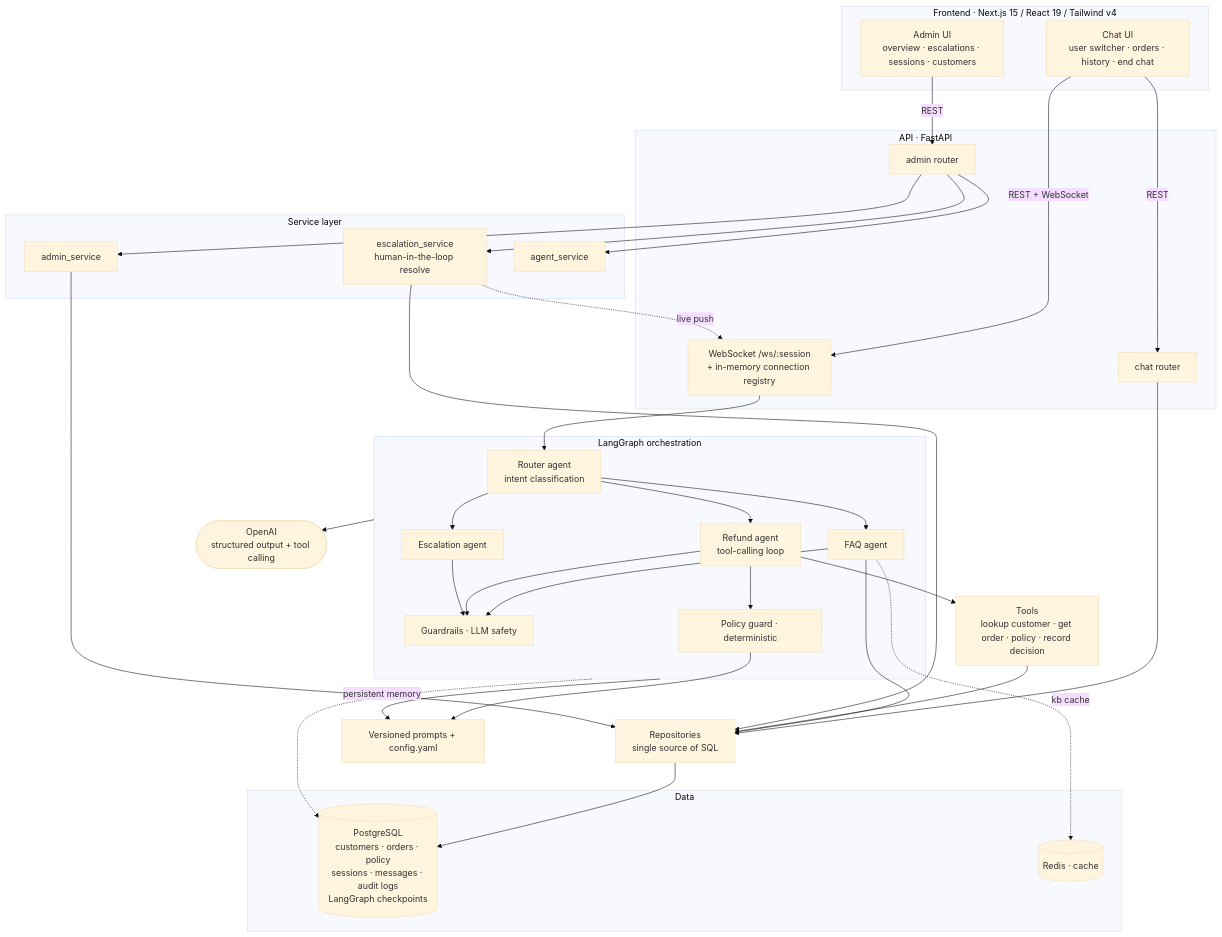
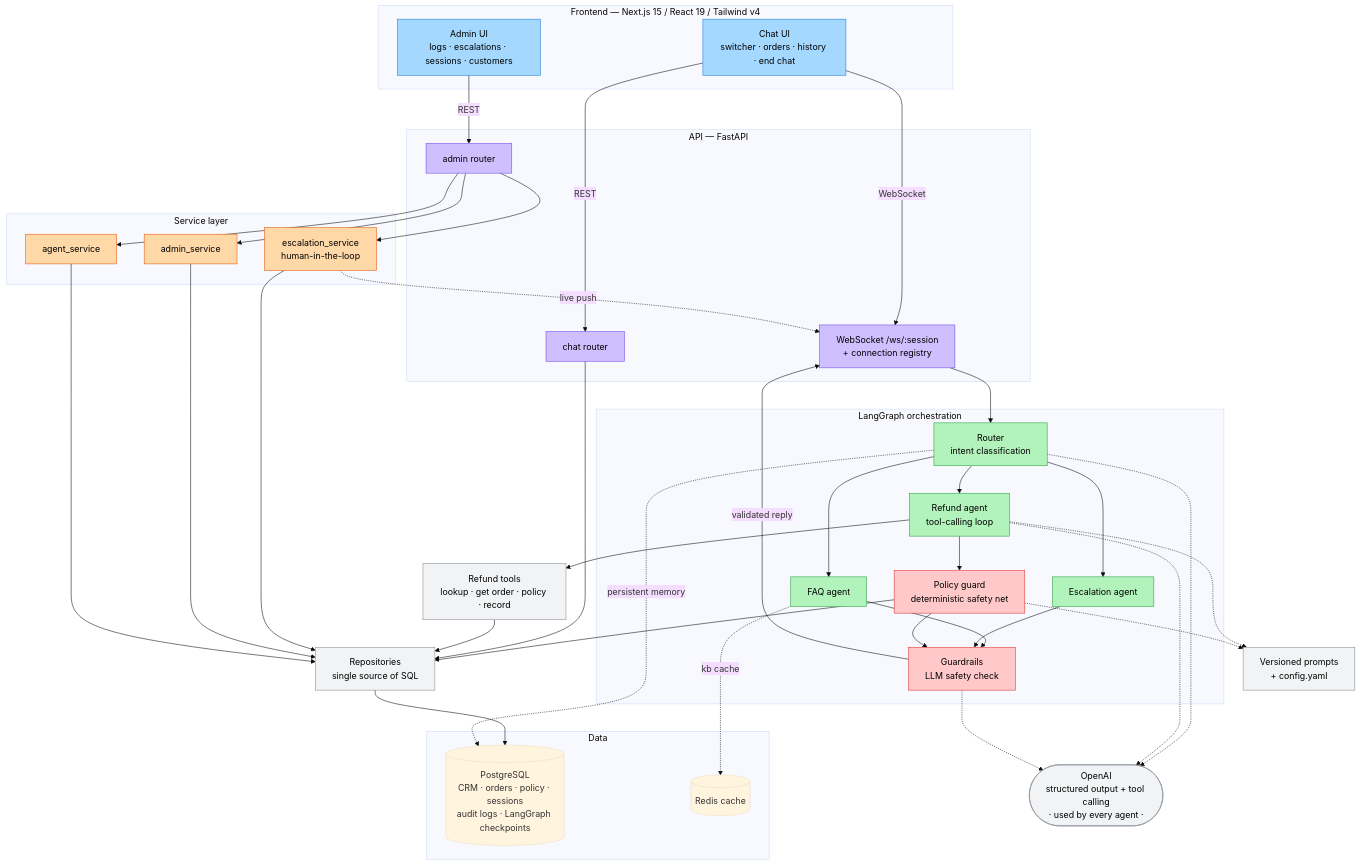
One commit to naveenaddanki84/customer_support_agent_ecom changed the diagram in README.md. Above: the diagram before and after it, drawn with Mermaid (base theme). The commit also changed other lines of this file and 2 other files, not shown here.

Commit message:
docs: add test-results table, run commands, and a rendered architecture diagram
- README: add a Tests & evaluation section (unit / edge-case / 51-case eval
  results table + commands to run each) and Docker lifecycle commands.
- Rebuild the architecture diagram: clean request→response cycle (no
  subgraph-edge tangles, guardrails now loops back to the customer),
  colour-coded layers, and embed it as screenshots/architecture.png so it
  renders in any markdown preview; keep the Mermaid source collapsed.
- Make the project layout accurate and complete (backend core files +
  full frontend tree).

````diff
--- a/README.md
+++ b/README.md
@@ -70,66 +85,87 @@
 ```mermaid
 flowchart TB
-    subgraph FE["Frontend · Next.js 15 / React 19 / Tailwind v4"]
-        CHAT["Chat UI<br/>user switcher · orders · history · end chat"]
-        ADMIN["Admin UI<br/>overview · escalations · sessions · customers"]
+    subgraph FE["Frontend — Next.js 15 / React 19 / Tailwind v4"]
+        CHAT["Chat UI<br/>switcher · orders · history · end chat"]
+        ADMIN["Admin UI<br/>logs · escalations · sessions · customers"]
     end
 
-    subgraph APIL["API · FastAPI"]
-        WS["WebSocket /ws/:session<br/>+ in-memory connection registry"]
+    subgraph API["API — FastAPI"]
+        WS["WebSocket /ws/:session<br/>+ connection registry"]
         CR["chat router"]
         AR["admin router"]
     end
 
     subgraph SVC["Service layer"]
-        ESC_S["escalation_service<br/>human-in-the-loop resolve"]
+        ESC_S["escalation_service<br/>human-in-the-loop"]
         ADM_S["admin_service"]
         AGT_S["agent_service"]
     end
 
     subgraph ORCH["LangGraph orchestration"]
-        RT["Router agent<br/>intent classification"]
+        RT["Router<br/>intent classification"]
         FAQ["FAQ agent"]
         RF["Refund agent<br/>tool-calling loop"]
         ES["Escalation agent"]
-        GR["Guardrails · LLM safety"]
-        PGRD["Policy guard · deterministic"]
+        PGRD["Policy guard<br/>deterministic safety net"]
+        GR["Guardrails<br/>LLM safety check"]
     end
 
-    TOOLS["Tools<br/>lookup customer · get order · policy · record decision"]
+    TOOLS["Refund tools<br/>lookup · get order · policy · record"]
     REPO["Repositories<br/>single source of SQL"]
-    CFG["Versioned prompts + config.yaml"]
-    LLM(["OpenAI<br/>structured output + tool calling"])
+    LLM(["OpenAI<br/>structured output + tool calling<br/>· used by every agent ·"])
+    CFG["Versioned prompts<br/>+ config.yaml"]
 
     subgraph DATA["Data"]
-        PGSQL[("PostgreSQL<br/>customers · orders · policy<br/>sessions · messages · audit logs<br/>LangGraph checkpoints")]
-        RED[("Redis · cache")]
+        PG[("PostgreSQL<br/>CRM · orders · policy · sessions<br/>audit logs · LangGraph checkpoints")]
+        RED[("Redis cache")]
     end
 
-    CHAT -->|REST + WebSocket| WS
+    %% ---- customer request → response cycle ----
+    CHAT -->|WebSocket| WS
     CHAT -->|REST| CR
-    ADMIN -->|REST| AR
     WS --> RT
-    CR --> REPO
-    AR --> ESC_S
-    AR --> ADM_S
-    AR --> AGT_S
-    RT --> FAQ
-    RT --> RF
-    RT --> ES
-    FAQ --> GR
-    RF --> GR
-    ES --> GR
+    RT --> FAQ & RF & ES
     RF --> TOOLS
     RF --> PGRD
-    FAQ --> REPO
+    FAQ --> GR
+    ES --> GR
+    PGRD --> GR
+    GR -->|validated reply| WS
+
+    %% ---- admin cycle ----
+    ADMIN -->|REST| AR
+    AR --> ESC_S & ADM_S & AGT_S
+    ESC_S -.->|live push| WS
+
+    %% ---- data access ----
+    CR --> REPO
     TOOLS --> REPO
-    ORCH --> LLM
-    ORCH -.->|persistent memory| PGSQL
-    ORCH --> CFG
-    PGRD --> CFG
+    PGRD --> REPO
     ESC_S --> REPO
-    ESC_S -.->|live push| WS
     ADM_S --> REPO
-    REPO --> PGSQL
+    AGT_S --> REPO
+    REPO --> PG
+    RT -.->|persistent memory| PG
     FAQ -.->|kb cache| RED
+
+    %% ---- shared dependencies ----
+    RT -.-> LLM
+    RF -.-> LLM
+    GR -.-> LLM
+    RF -.-> CFG
+    PGRD -.-> CFG
+
+    classDef fe fill:#a5d8ff,stroke:#1c7ed6,color:#000
+    classDef api fill:#d0bfff,stroke:#7048e8,color:#000
+    classDef svc fill:#ffd8a8,stroke:#e8590c,color:#000
+    classDef agent fill:#b2f2bb,stroke:#2f9e44,color:#000
+    classDef safety fill:#ffc9c9,stroke:#e03131,color:#000
+    classDef dep fill:#f1f3f5,stroke:#868e96,color:#000
+
+    class CHAT,ADMIN fe
+    class WS,CR,AR api
+    class ESC_S,ADM_S,AGT_S svc
+    class RT,FAQ,RF,ES agent
+    class PGRD,GR safety
+    class TOOLS,REPO,LLM,CFG dep
 ```
````
